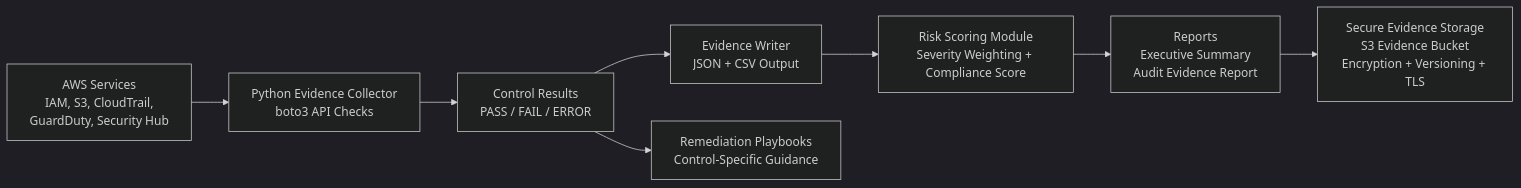
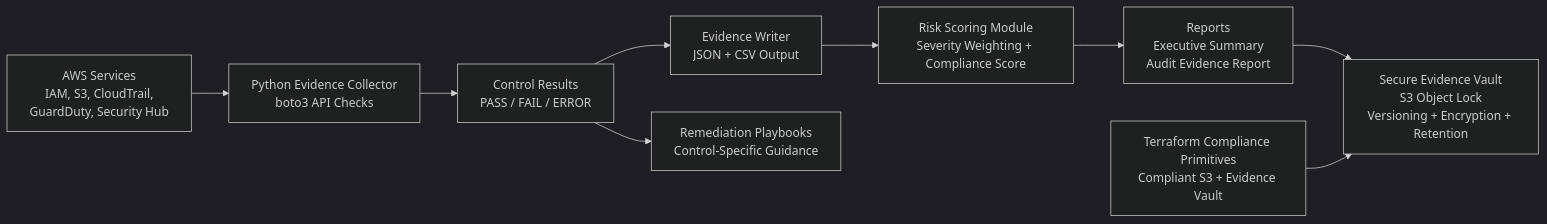
The diagram in README.md (uzobola/aws-grc-engineering-project), drawn with Mermaid (dark theme) before and after one commit. The commit also changed other lines of this file, not shown here.

Commit message:
Document evidence vault and Terraform compliance modules

````diff
--- a/README.md
+++ b/README.md
@@ -15,13 +15,15 @@
 ```mermaid
 flowchart LR
     A[AWS Services<br/>IAM, S3, CloudTrail,<br/>GuardDuty, Security Hub] --> B[Python Evidence Collector<br/>boto3 API Checks]
 
     B --> C[Control Results<br/>PASS / FAIL / ERROR]
     C --> D[Evidence Writer<br/>JSON + CSV Output]
 
     D --> E[Risk Scoring Module<br/>Severity Weighting + Compliance Score]
     E --> F[Reports<br/>Executive Summary<br/>Audit Evidence Report]
 
     C --> G[Remediation Playbooks<br/>Control-Specific Guidance]
-    F --> H[Secure Evidence Storage<br/>S3 Evidence Bucket<br/>Encryption + Versioning + TLS]
+    F --> H[Secure Evidence Vault<br/>S3 Object Lock<br/>Versioning + Encryption + Retention]
+
+    I[Terraform Compliance Primitives<br/>Compliant S3 + Evidence Vault] --> H
 ```
````
